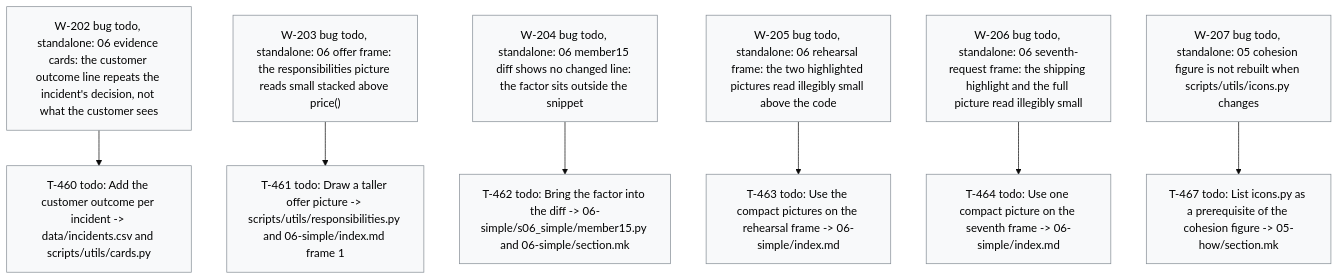
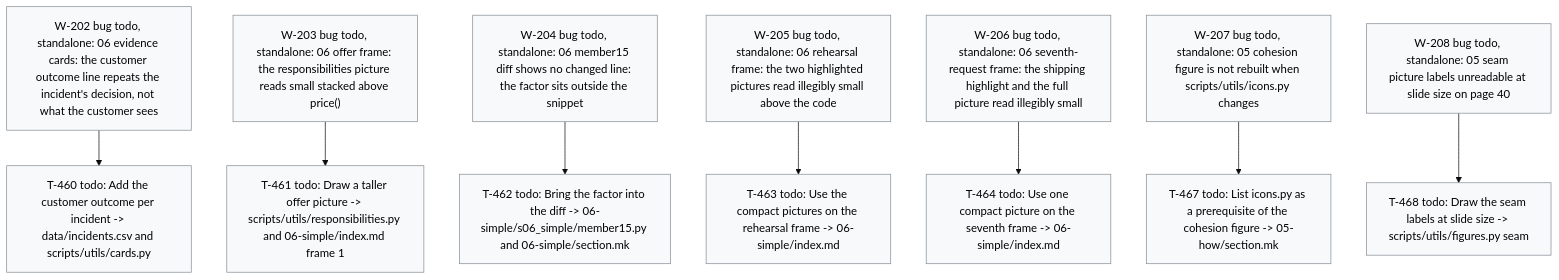
One commit to dpopchev/chaos-to-simple changed the diagram in .board/BOARD.md. Above: the diagram before and after it, drawn with Mermaid (base theme). The commit also changed other lines of this file and 3 other files, not shown here.

Commit message:
chore(board): W-201 verified; file W-208 -- seam labels unreadable (W-201, W-208, T-459)

````diff
--- a/.board/BOARD.md
+++ b/.board/BOARD.md
@@ -1195,21 +1196,23 @@
 ```mermaid
 flowchart TD
   W202["W-202 bug todo, standalone: 06 evidence cards: the customer outcome line repeats the incident's decision, not what the customer sees"]
   W202 --> T460["T-460 todo: Add the customer outcome per incident -> data/incidents.csv and scripts/utils/cards.py"]
   W203["W-203 bug todo, standalone: 06 offer frame: the responsibilities picture reads small stacked above price()"]
   W203 --> T461["T-461 todo: Draw a taller offer picture -> scripts/utils/responsibilities.py and 06-simple/index.md frame 1"]
   W204["W-204 bug todo, standalone: 06 member15 diff shows no changed line: the factor sits outside the snippet"]
   W204 --> T462["T-462 todo: Bring the factor into the diff -> 06-simple/s06_simple/member15.py and 06-simple/section.mk"]
   W205["W-205 bug todo, standalone: 06 rehearsal frame: the two highlighted pictures read illegibly small above the code"]
   W205 --> T463["T-463 todo: Use the compact pictures on the rehearsal frame -> 06-simple/index.md"]
   W206["W-206 bug todo, standalone: 06 seventh-request frame: the shipping highlight and the full picture read illegibly small"]
   W206 --> T464["T-464 todo: Use one compact picture on the seventh frame -> 06-simple/index.md"]
   W207["W-207 bug todo, standalone: 05 cohesion figure is not rebuilt when scripts/utils/icons.py changes"]
   W207 --> T467["T-467 todo: List icons.py as a prerequisite of the cohesion figure -> 05-how/section.mk"]
+  W208["W-208 bug todo, standalone: 05 seam picture labels unreadable at slide size on page 40"]
+  W208 --> T468["T-468 todo: Draw the seam labels at slide size -> scripts/utils/figures.py seam"]
   classDef doing fill:#fff3bf,stroke:#b58900,color:#000;
   classDef blocked fill:#ffe3e3,stroke:#c92a2a,color:#000;
   classDef done fill:#e6ffed,stroke:#2b8a3e,color:#000;
   classDef todo fill:#f8f9fa,stroke:#868e96,color:#000;
   classDef pruned fill:#f1f3f5,stroke:#adb5bd,color:#000;
-  class W202,T460,W203,T461,W204,T462,W205,T463,W206,T464,W207,T467 todo
+  class W202,T460,W203,T461,W204,T462,W205,T463,W206,T464,W207,T467,W208,T468 todo
 ```
````
